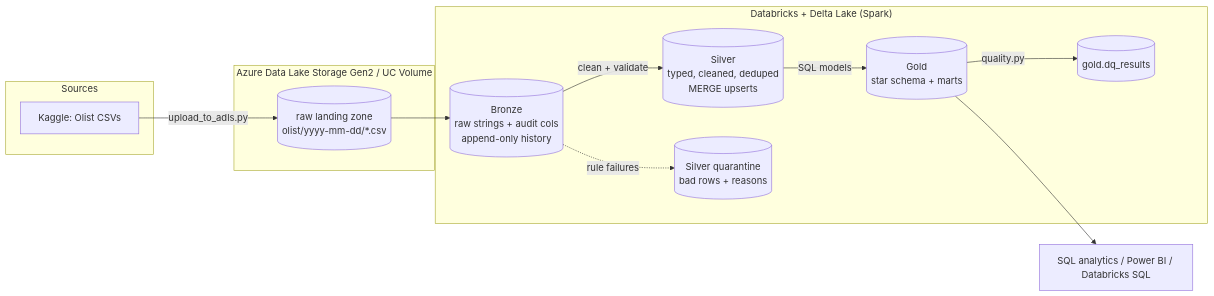
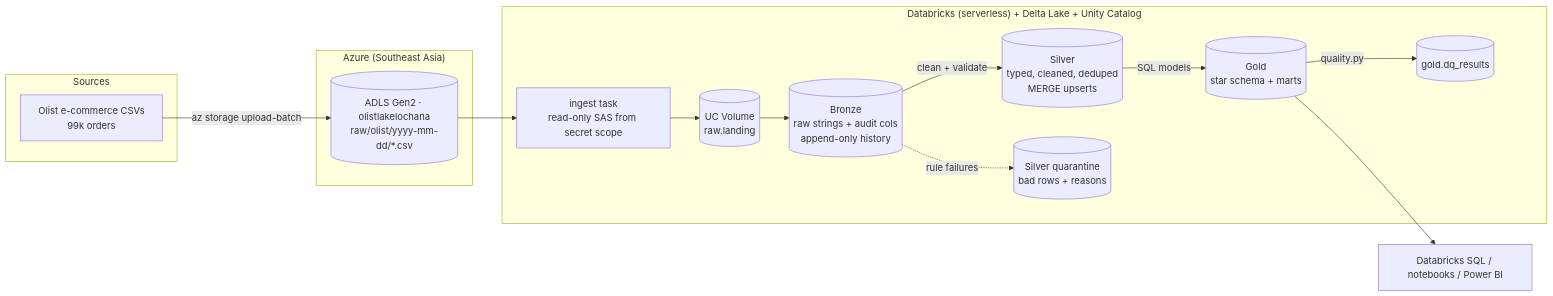
The diagram in README.md (DKLOCHANA/olist-ecommerce-lakehouse), drawn with Mermaid before and after one commit. The commit also changed other lines of this file and 3 other files, not shown here.

Commit message:
Add Azure ADLS ingest step to the Databricks job; real-data findings in README

````diff
--- a/README.md
+++ b/README.md
@@ -22,22 +22,24 @@
 ```mermaid
 flowchart LR
     subgraph Sources
-        K[Kaggle: Olist CSVs]
+        K[Olist e-commerce CSVs<br/>99k orders]
     end
-    subgraph Azure["Azure Data Lake Storage Gen2 / UC Volume"]
-        L[(raw landing zone<br/>olist/yyyy-mm-dd/*.csv)]
+    subgraph Azure["Azure (Southeast Asia)"]
+        L[(ADLS Gen2 · olistlakelochana<br/>raw/olist/yyyy-mm-dd/*.csv)]
     end
-    subgraph Lakehouse["Databricks + Delta Lake (Spark)"]
+    subgraph Lakehouse["Databricks (serverless) + Delta Lake + Unity Catalog"]
+        I[ingest task<br/>read-only SAS from secret scope]
+        V[(UC Volume<br/>raw.landing)]
         B[(Bronze<br/>raw strings + audit cols<br/>append-only history)]
         S[(Silver<br/>typed, cleaned, deduped<br/>MERGE upserts)]
         Q[(Silver quarantine<br/>bad rows + reasons)]
         G[(Gold<br/>star schema + marts)]
         DQ[(gold.dq_results)]
     end
-    BI[SQL analytics / Power BI / Databricks SQL]
+    BI[Databricks SQL / notebooks / Power BI]
 
-    K -->|upload_to_adls.py| L --> B -->|clean + validate| S
+    K -->|az storage upload-batch| L --> I --> V --> B -->|clean + validate| S
     B -.->|rule failures| Q
     S -->|SQL models| G --> BI
     G -->|quality.py| DQ
 ```
````
